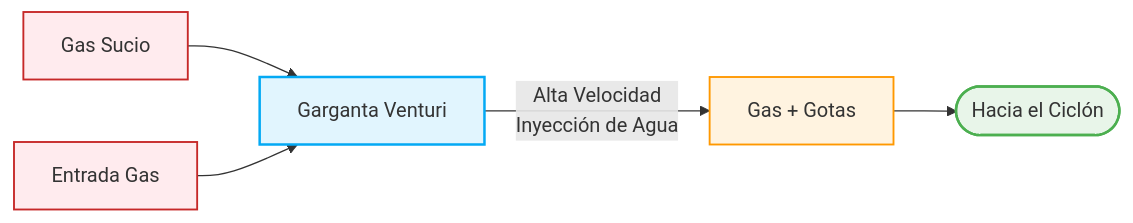
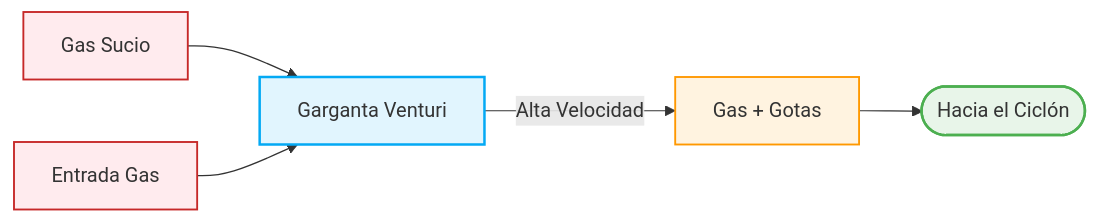
Before and after one commit to elvissalcedo/elvissalcedo.github.io: the first of 3 diagrams in _posts/2026-09-17-lavador-venturi.md, drawn with Mermaid. The commit also changed 2 other files, not shown here.

Commit message:
Corrige el diagrama Mermaid apretado del articulo del Venturi
El SVG que genera Mermaid no tenia ninguna regla CSS del sitio (a
diferencia de .post-body img): assets/css/styles.css suma
.post-body .mermaid-diagrama svg { max-width: 100%; height: auto;
display: block; margin: 0 auto; }, mismo criterio que las imagenes.

Eso solo no alcanzaba: la etiqueta del edge "Alta Velocidad<br>Inyeccion
de Agua" tenia su foreignObject calculado en apenas 38 unidades de alto
para 2 lineas de texto, y se agravaba al achicarse ~24% para caber en la
columna real de ~580px. Ese recorte esta horneado en la geometria que
genera Mermaid, ningun CSS del sitio lo iba a arreglar despues -- se
acorta la etiqueta a una sola linea ("Alta Velocidad", sin <br>) en el
.md.

Confirmado con Edge headless (DOM ejecutado + captura de pantalla) que el
diagrama completo se ve sin cortes.

````diff
--- a/_posts/2026-09-17-lavador-venturi.md
+++ b/_posts/2026-09-17-lavador-venturi.md
@@ -39,19 +39,19 @@
 ```mermaid
 graph LR
     %% Definición de los nodos de entrada
     A1[Gas Sucio] --> B[Garganta Venturi]
     A2[Entrada Gas] --> B
     
     %% Nodo central de proceso con descripción de alta velocidad
-    B -->|Alta Velocidad<br>Inyección de Agua| C[Gas + Gotas]
+    B -->|Alta Velocidad| C[Gas + Gotas]
     
     %% Nodo de salida
     C --> D([Hacia el Ciclón])
 
     %% Estilos estéticos para hacer juego con tus gráficos anteriores
     style A1 fill:#ffebee,stroke:#c62828,stroke-width:1.5px
     style A2 fill:#ffebee,stroke:#c62828,stroke-width:1.5px
     style B fill:#e1f5fe,stroke:#03a9f4,stroke-width:2px
     style C fill:#fff3e0,stroke:#ff9800,stroke-width:1.5px
     style D fill:#e8f5e9,stroke:#4caf50,stroke-width:2px
 ```
````
